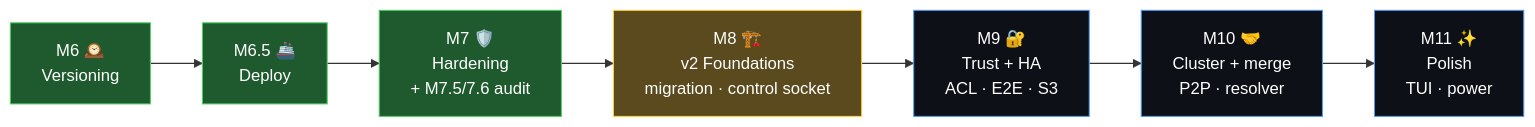
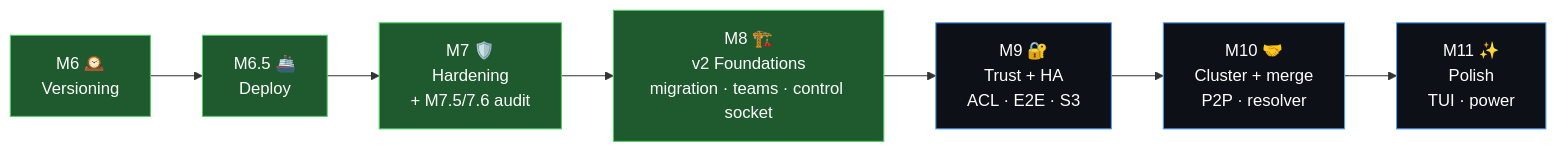
The seventh of 7 diagrams in README.md (shoemoney/devbox), drawn with Mermaid before and after one commit. The commit also changed other lines of this file and 1 other file, not shown here.

Commit message:
docs: M8 justified-now scope COMPLETE — restore byte-safety in, sidecar→M10 🏁📊
restore conflict-copy shipped (never-lose-a-byte on revert). Reframed the
conflict sidecar as M10 (only its resolver consumes it — ponytail) and
snapshot_chunks as M9. M8 nodes flipped green in both roadmap mermaids;
tables + §5.1/§5.5 updated. M9–M11 stay demand-driven.

````diff
--- a/README.md
+++ b/README.md
@@ -510,16 +510,16 @@
 ```mermaid
 flowchart LR
     M6["M6 🕰️\nVersioning"] --> M65["M6.5 🚢\nDeploy"]
     M65 --> M7["M7 🛡️\nHardening\n+ M7.5/7.6 audit"]
-    M7 --> M8["M8 🏗️\nv2 Foundations\nmigration · control socket"]
+    M7 --> M8["M8 🏗️\nv2 Foundations\nmigration · teams · control socket"]
     M8 --> M9["M9 🔐\nTrust + HA\nACL · E2E · S3"]
     M9 --> M10["M10 🤝\nCluster + merge\nP2P · resolver"]
     M10 --> M11["M11 ✨\nPolish\nTUI · power"]
     style M6 fill:#1e5a2e,stroke:#51cf66,color:#fff
     style M65 fill:#1e5a2e,stroke:#51cf66,color:#fff
     style M7 fill:#1e5a2e,stroke:#51cf66,color:#fff
-    style M8 fill:#5a4a1e,stroke:#ffd43b,color:#fff
+    style M8 fill:#1e5a2e,stroke:#51cf66,color:#fff
     style M9 fill:#0d1117,stroke:#4F9CF9,color:#fff
     style M10 fill:#0d1117,stroke:#4F9CF9,color:#fff
     style M11 fill:#0d1117,stroke:#4F9CF9,color:#fff
 ```
````
